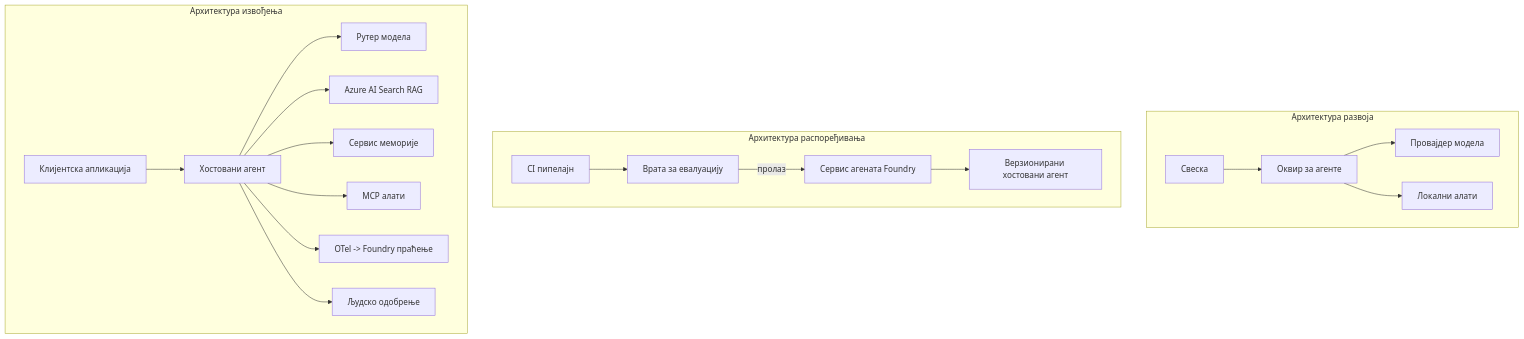
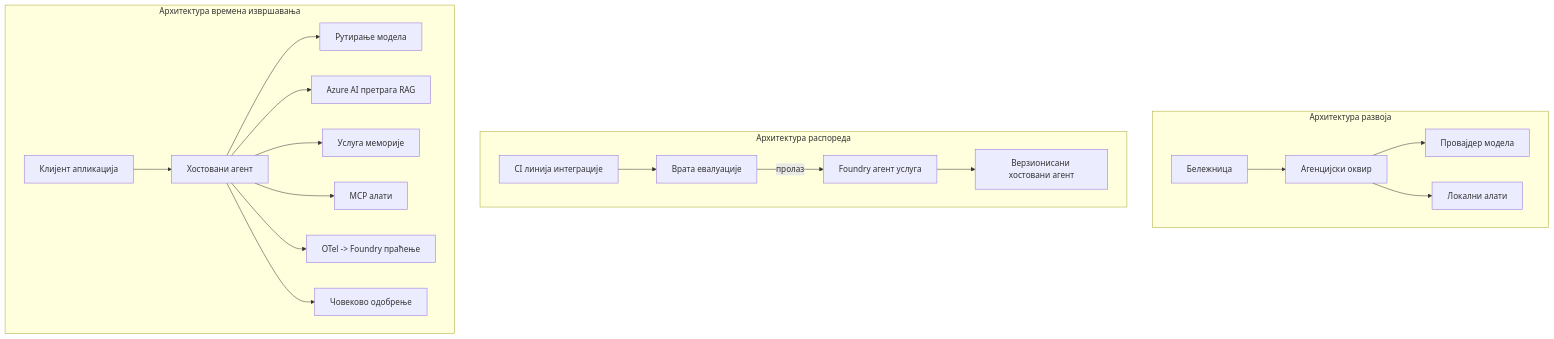
One commit to microsoft/ai-agents-for-beginners changed the fourth of 4 diagrams in translations/sr/16-deploying-scalable-agents/README.md. Above: the diagram before and after it, drawn with Mermaid. The commit also changed other lines of this file and 47 other files, not shown here.

````diff
--- a/translations/sr/16-deploying-scalable-agents/README.md
+++ b/translations/sr/16-deploying-scalable-agents/README.md
@@ -185,22 +185,22 @@
 ```mermaid
 flowchart TB
     subgraph Dev[Архитектура развоја]
-        D1[Свеска] --> D2[Оквир за агенте]
+        D1[Бележница] --> D2[Агенцијски оквир]
         D2 --> D3[Провајдер модела]
         D2 --> D4[Локални алати]
     end
-    subgraph Deploy[Архитектура распоређивања]
-        E1[CI пипелајн] --> E2[Врата за евалуацију]
-        E2 -->|пролаз| E3[Сервис агената Foundry]
-        E3 --> E4[Верзионирани хостовани агент]
+    subgraph Deploy[Архитектура распореда]
+        E1[CI линија интеграције] --> E2[Врата евалуације]
+        E2 -->|пролаз| E3[Foundry агент услуга]
+        E3 --> E4[Верзионисани хостовани агент]
     end
-    subgraph Run[Архитектура извођења]
-        F1[Клијентска апликација] --> F2[Хостовани агент]
-        F2 --> F3[Рутер модела]
-        F2 --> F4[Azure AI Search RAG]
-        F2 --> F5[Сервис меморије]
+    subgraph Run[Архитектура времена извршавања]
+        F1[Клијент апликација] --> F2[Хостовани агент]
+        F2 --> F3[Рутирање модела]
+        F2 --> F4[Azure AI претрага RAG]
+        F2 --> F5[Услуга меморије]
         F2 --> F6[MCP алати]
         F2 --> F7[OTel -> Foundry праћење]
-        F2 --> F8[Људско одобрење]
+        F2 --> F8[Човеково одобрење]
     end
 ```
````
